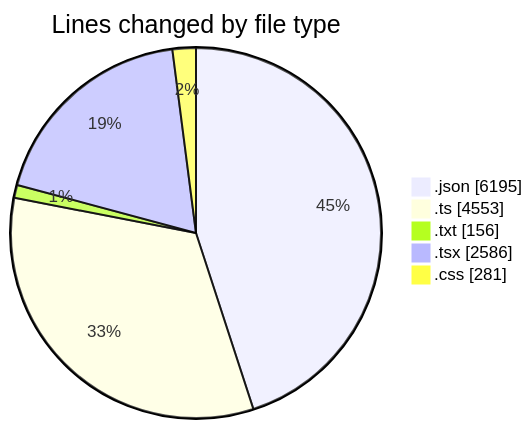
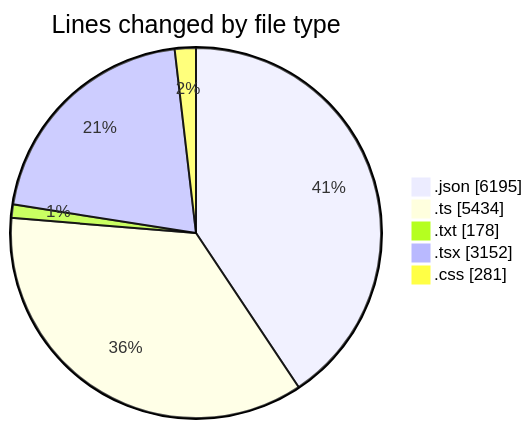
The first of 2 diagrams in 2025-05-27/ecodeli-1/README.md (CELIANVF/code-tracking), drawn with Mermaid before and after one commit. The commit also changed other lines of this file and 1 other file, not shown here.

````diff
--- a/2025-05-27/ecodeli-1/README.md
+++ b/2025-05-27/ecodeli-1/README.md
@@ -34,9 +38,9 @@
 ```mermaid
 pie showData
 title Lines changed by file type
 ".json" : 6195
-".ts" : 4553
-".txt" : 156
-".tsx" : 2586
+".ts" : 5434
+".txt" : 178
+".tsx" : 3152
 ".css" : 281
 ```
````
